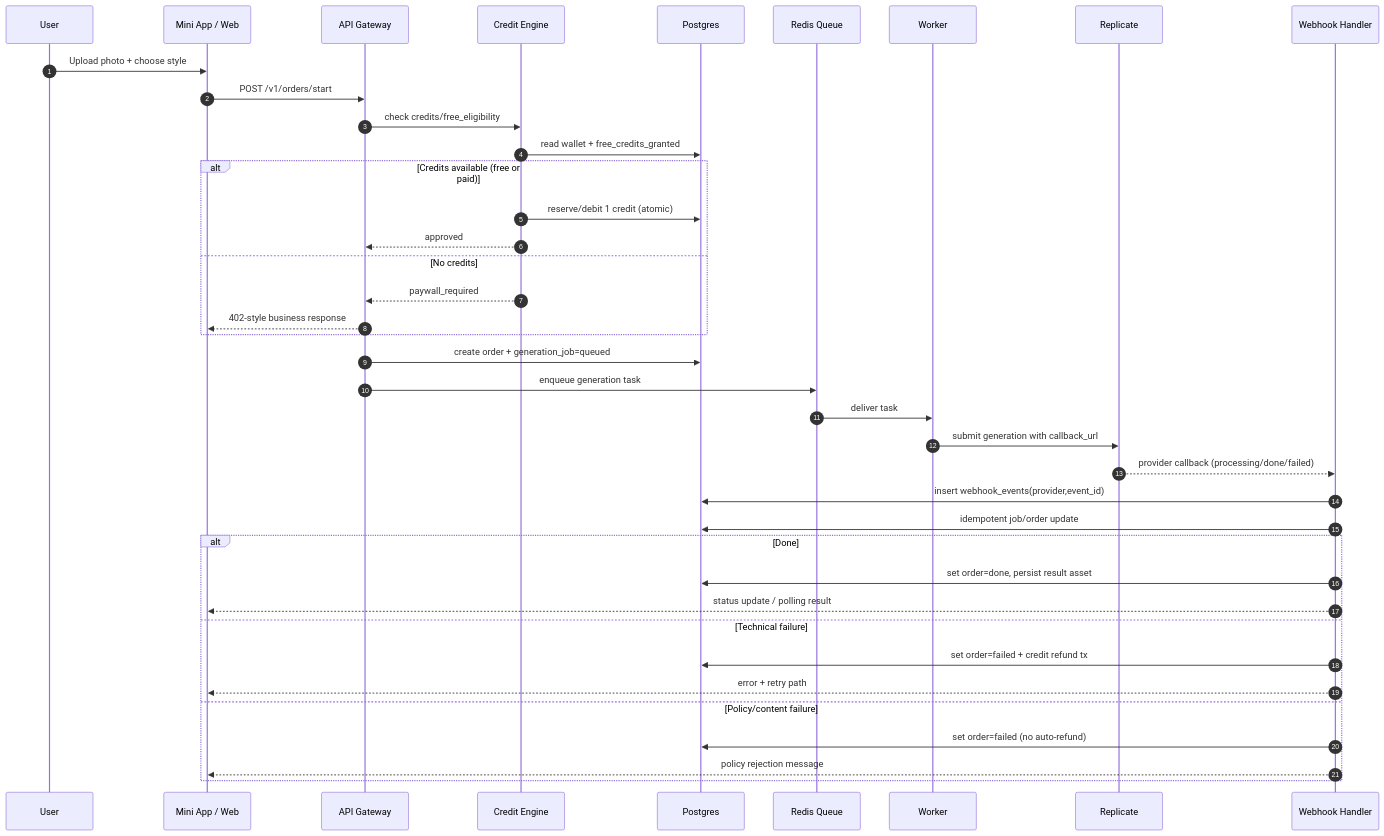
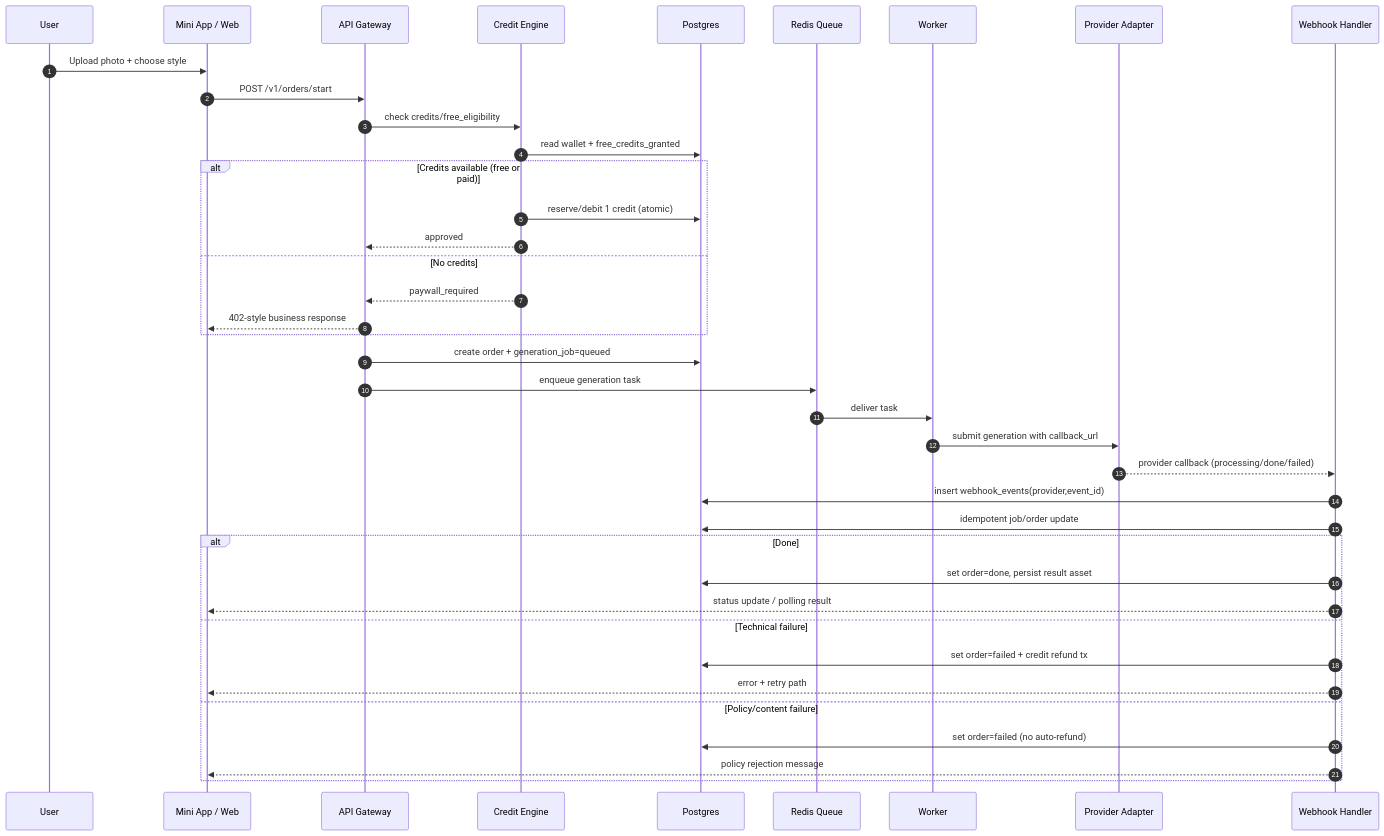
The second of 2 diagrams in specs/06_technical_architecture_diagrams.md (po-dzin/persona-ai), drawn with Mermaid before and after one commit. The commit also changed other lines of this file and 81 other files, not shown here.

Commit message:
Phase 1 photo-first migration: providers, contracts, API, web flow

````diff
--- a/specs/06_technical_architecture_diagrams.md
+++ b/specs/06_technical_architecture_diagrams.md
@@ -74,45 +84,45 @@
 ```mermaid
 sequenceDiagram
   autonumber
   participant U as User
   participant APP as Mini App / Web
   participant API as API Gateway
   participant CE as Credit Engine
   participant DB as Postgres
   participant Q as Redis Queue
   participant W as Worker
-  participant RP as Replicate
+  participant PR as Provider Adapter
   participant WH as Webhook Handler
 
   U->>APP: Upload photo + choose style
   APP->>API: POST /v1/orders/start
   API->>CE: check credits/free_eligibility
   CE->>DB: read wallet + free_credits_granted
 
   alt Credits available (free or paid)
     CE->>DB: reserve/debit 1 credit (atomic)
     CE-->>API: approved
   else No credits
     CE-->>API: paywall_required
     API-->>APP: 402-style business response
   end
 
   API->>DB: create order + generation_job=queued
   API->>Q: enqueue generation task
   Q->>W: deliver task
-  W->>RP: submit generation with callback_url
-  RP-->>WH: provider callback (processing/done/failed)
+  W->>PR: submit generation with callback_url
+  PR-->>WH: provider callback (processing/done/failed)
   WH->>DB: insert webhook_events(provider,event_id)
   WH->>DB: idempotent job/order update
 
   alt Done
     WH->>DB: set order=done, persist result asset
     WH-->>APP: status update / polling result
   else Technical failure
     WH->>DB: set order=failed + credit refund tx
     WH-->>APP: error + retry path
   else Policy/content failure
     WH->>DB: set order=failed (no auto-refund)
     WH-->>APP: policy rejection message
   end
 ```
````
